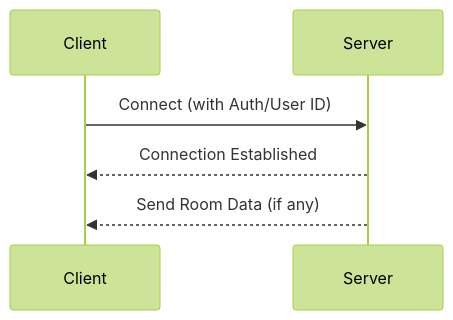
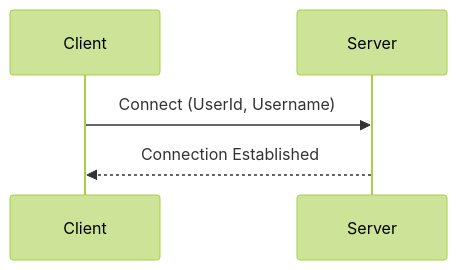
One commit to ltvmoon/gamehub24 changed the first of 2 diagrams in client/README.md. Above: the diagram before and after it, drawn with Mermaid (forest theme). The commit also changed other lines of this file and 2 other files, not shown here.

````diff
--- a/client/README.md
+++ b/client/README.md
@@ -9,9 +8,5 @@
 ```mermaid
 sequenceDiagram
-    participant Client
-    participant Server
-
-    Client->>Server: Connect (with Auth/User ID)
+    Client->>Server: Connect (UserId, Username)
     Server-->>Client: Connection Established
-    Server-->>Client: Send Room Data (if any)
 ```
````
